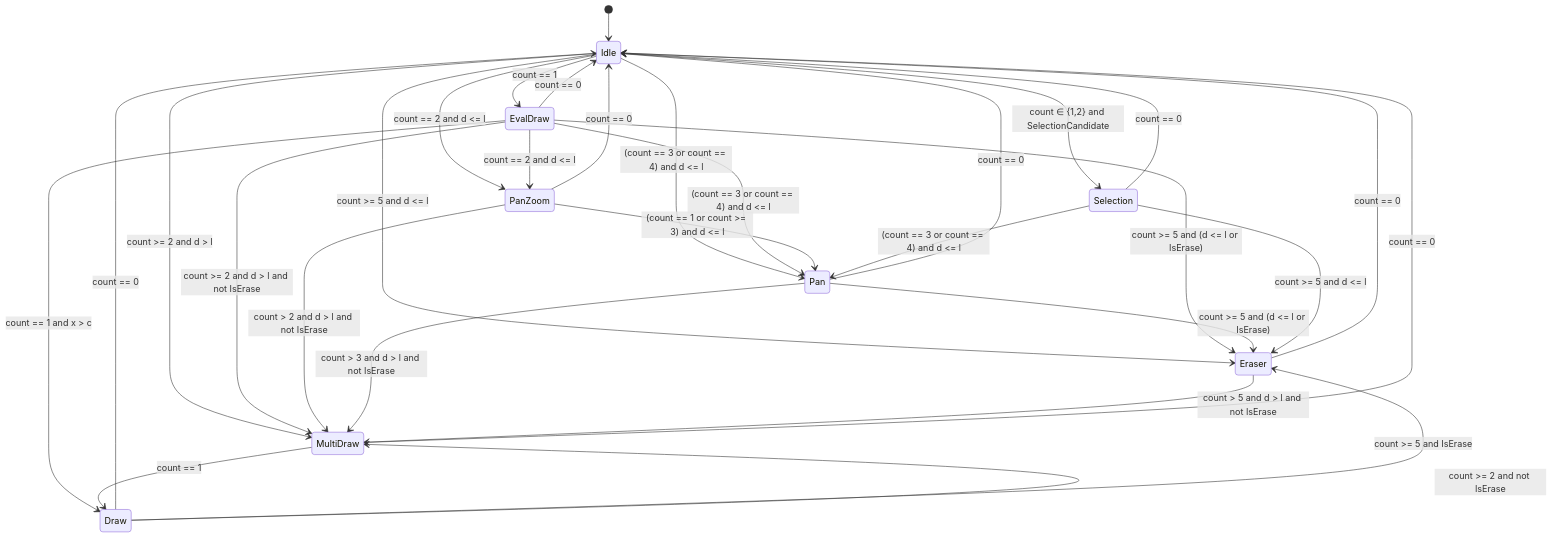
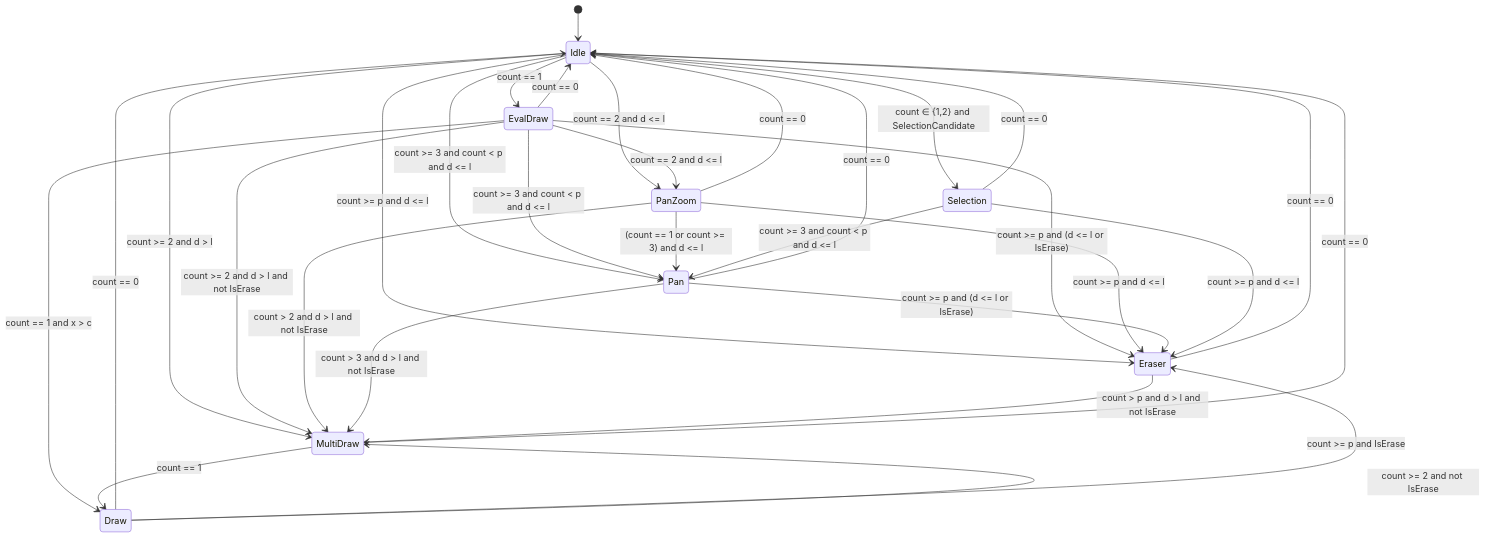
Before and after one commit to KaiHuaDou/DrawingNotepad: the diagram in docs/TouchStates2.md, drawn with Mermaid. The commit also changed other lines of this file and 18 other files, not shown here.

````diff
--- a/docs/TouchStates2.md
+++ b/docs/TouchStates2.md
@@ -72,40 +74,41 @@
 ```mermaid
 stateDiagram-v2
     [*] --> Idle
 
     Idle --> Selection: count ∈ {1,2} and SelectionCandidate
     Idle --> EvalDraw: count == 1
     Idle --> PanZoom: count == 2 and d <= l
-    Idle --> Pan: (count == 3 or count == 4) and d <= l
-    Idle --> Eraser: count >= 5 and d <= l
+    Idle --> Eraser: count >= p and d <= l
+    Idle --> Pan: count >= 3 and count < p and d <= l
     Idle --> MultiDraw: count >= 2 and d > l
 
     EvalDraw --> Idle: count == 0
     EvalDraw --> Draw: count == 1 and x > c
-    EvalDraw --> Eraser: count >= 5 and (d <= l or IsErase)
+    EvalDraw --> Eraser: count >= p and (d <= l or IsErase)
     EvalDraw --> PanZoom: count == 2 and d <= l
-    EvalDraw --> Pan: (count == 3 or count == 4) and d <= l
+    EvalDraw --> Pan: count >= 3 and count < p and d <= l
     EvalDraw --> MultiDraw: count >= 2 and d > l and not IsErase
 
     Draw --> Idle: count == 0
-    Draw --> Eraser: count >= 5 and IsErase
+    Draw --> Eraser: count >= p and IsErase
     Draw --> MultiDraw: count >= 2 and not IsErase
 
     MultiDraw --> Idle: count == 0
     MultiDraw --> Draw: count == 1
 
     PanZoom --> Idle: count == 0
+    PanZoom --> Eraser: count >= p and d <= l
     PanZoom --> Pan: (count == 1 or count >= 3) and d <= l
     PanZoom --> MultiDraw: count > 2 and d > l and not IsErase
 
     Pan --> Idle: count == 0
-    Pan --> Eraser: count >= 5 and (d <= l or IsErase)
+    Pan --> Eraser: count >= p and (d <= l or IsErase)
     Pan --> MultiDraw: count > 3 and d > l and not IsErase
 
     Eraser --> Idle: count == 0
-    Eraser --> MultiDraw: count > 5 and d > l and not IsErase
+    Eraser --> MultiDraw: count > p and d > l and not IsErase
 
     Selection --> Idle: count == 0
-    Selection --> Pan: (count == 3 or count == 4) and d <= l
-    Selection --> Eraser: count >= 5 and d <= l
+    Selection --> Eraser: count >= p and d <= l
+    Selection --> Pan: count >= 3 and count < p and d <= l
 ```
````
